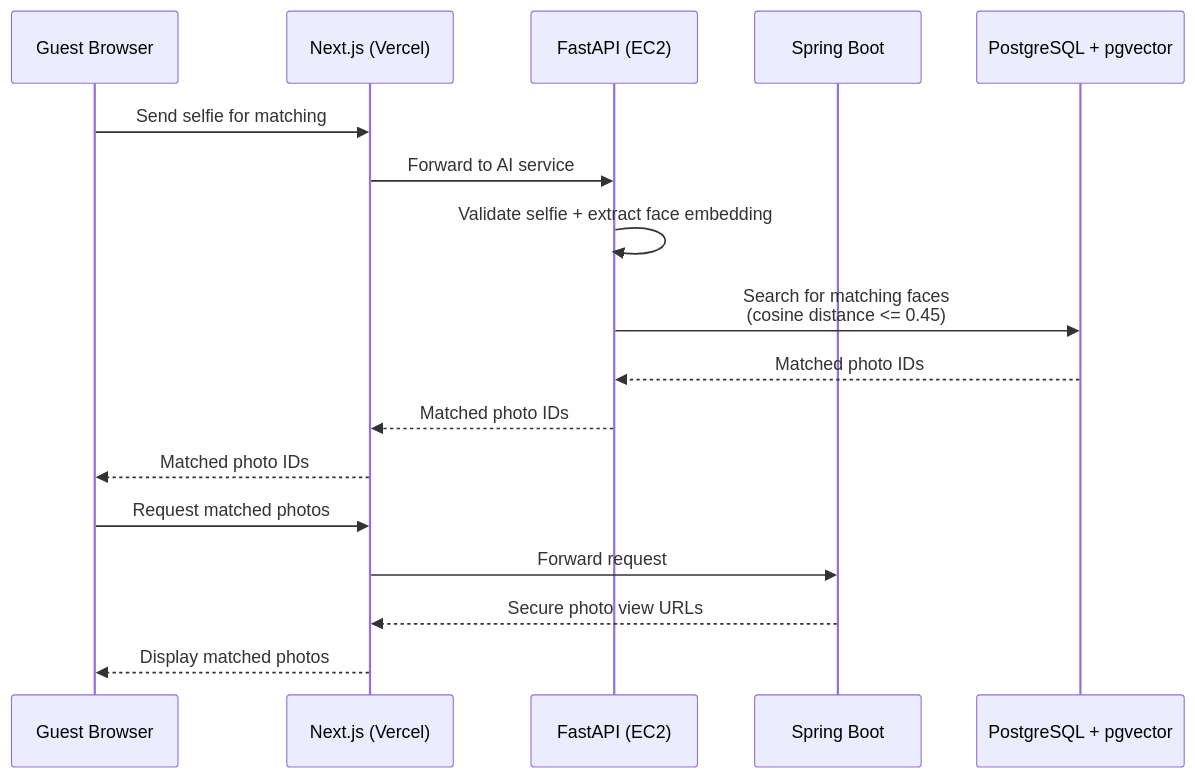
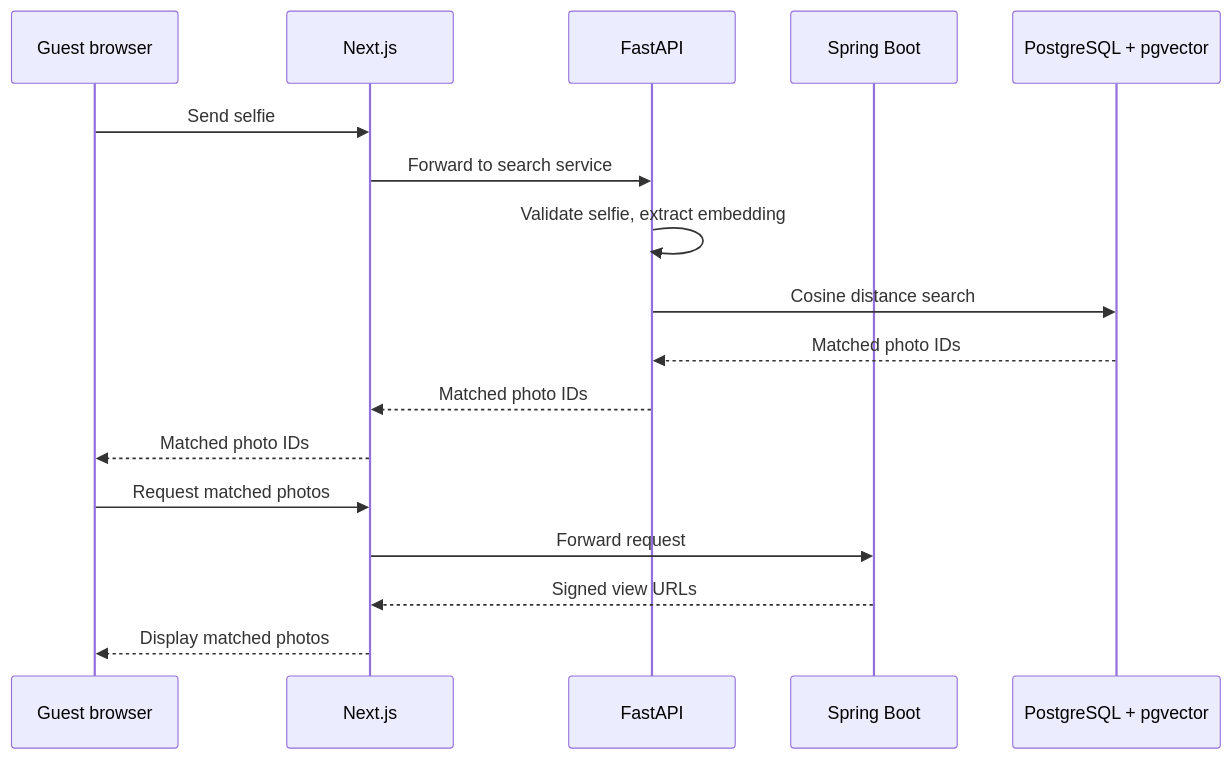
One commit to Shahir-47/grab-pic changed the fourth of 7 diagrams in README.md. Above: the diagram before and after it, drawn with Mermaid. The commit also changed other lines of this file and 12 other files, not shown here.

````diff
--- a/README.md
+++ b/README.md
@@ -413,22 +308,22 @@
 ```mermaid
 sequenceDiagram
-    participant Guest as Guest Browser
-    participant Next as Next.js (Vercel)
-    participant FastAPI as FastAPI (EC2)
+    participant Guest as Guest browser
+    participant Next as Next.js
+    participant FastAPI as FastAPI
     participant SB as Spring Boot
     participant DB as PostgreSQL + pgvector
 
-    Guest->>Next: Send selfie for matching
-    Next->>FastAPI: Forward to AI service
+    Guest->>Next: Send selfie
+    Next->>FastAPI: Forward to search service
 
-    FastAPI->>FastAPI: Validate selfie + extract face embedding
-    FastAPI->>DB: Search for matching faces<br>(cosine distance <= 0.45)
+    FastAPI->>FastAPI: Validate selfie, extract embedding
+    FastAPI->>DB: Cosine distance search
     DB-->>FastAPI: Matched photo IDs
     FastAPI-->>Next: Matched photo IDs
     Next-->>Guest: Matched photo IDs
 
     Guest->>Next: Request matched photos
     Next->>SB: Forward request
-    SB-->>Next: Secure photo view URLs
+    SB-->>Next: Signed view URLs
     Next-->>Guest: Display matched photos
 ```
````
